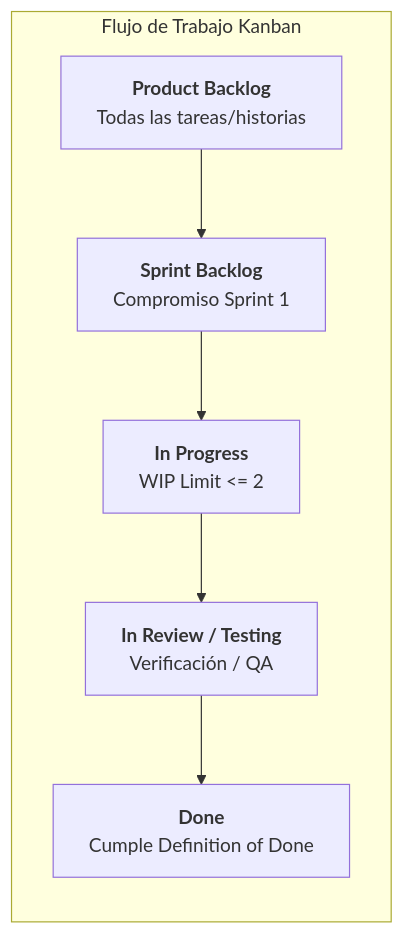
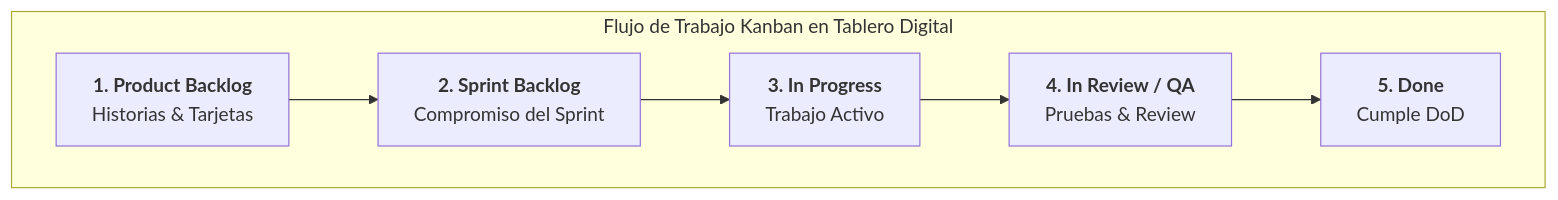
Diagram 11 of 13 in RA1.md (fencgut961/PI_26_27), drawn with Mermaid before and after one commit. The commit also changed other lines of this file, not shown here.

````diff
--- a/RA1.md
+++ b/RA1.md
@@ -316,9 +365,10 @@
 ```mermaid
 flowchart LR
-    subgraph Tablero_Kanban [Flujo de Trabajo Kanban]
-        BACKLOG[<b>Product Backlog</b><br/>Todas las tareas/historias] --> SPRINT[<b>Sprint Backlog</b><br/>Compromiso Sprint 1]
-        SPRINT --> WIP[<b>In Progress</b><br/>WIP Limit <= 2]
-        WIP --> REVIEW[<b>In Review / Testing</b><br/>Verificación / QA]
-        REVIEW --> DONE[<b>Done</b><br/>Cumple Definition of Done]
+    subgraph Kanban_Flow [Flujo de Trabajo Kanban en Tablero Digital]
+        direction LR
+        BACKLOG[<b>1. Product Backlog</b><br/>Historias & Tarjetas] --> SPRINT_BACKLOG[<b>2. Sprint Backlog</b><br/>Compromiso del Sprint]
+        SPRINT_BACKLOG --> IN_PROGRESS[<b>3. In Progress</b><br/>Trabajo Activo]
+        IN_PROGRESS --> IN_REVIEW[<b>4. In Review / QA</b><br/>Pruebas & Review]
+        IN_REVIEW --> DONE[<b>5. Done</b><br/>Cumple DoD]
     end
 ```
````
